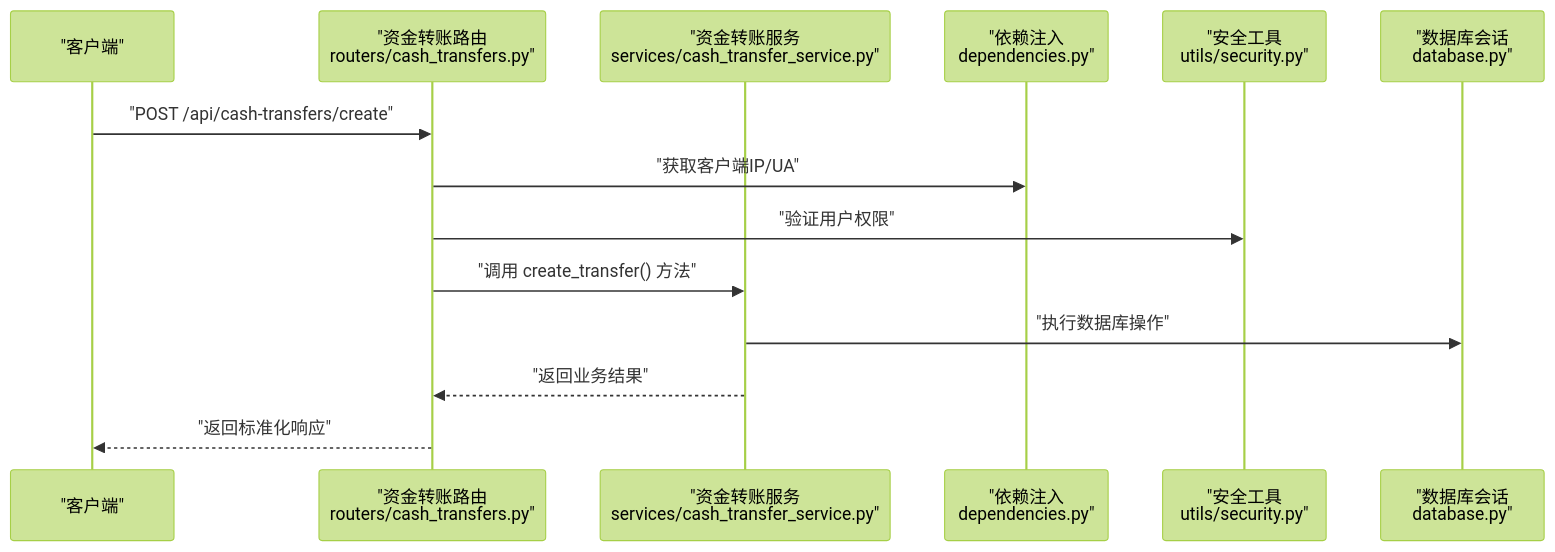
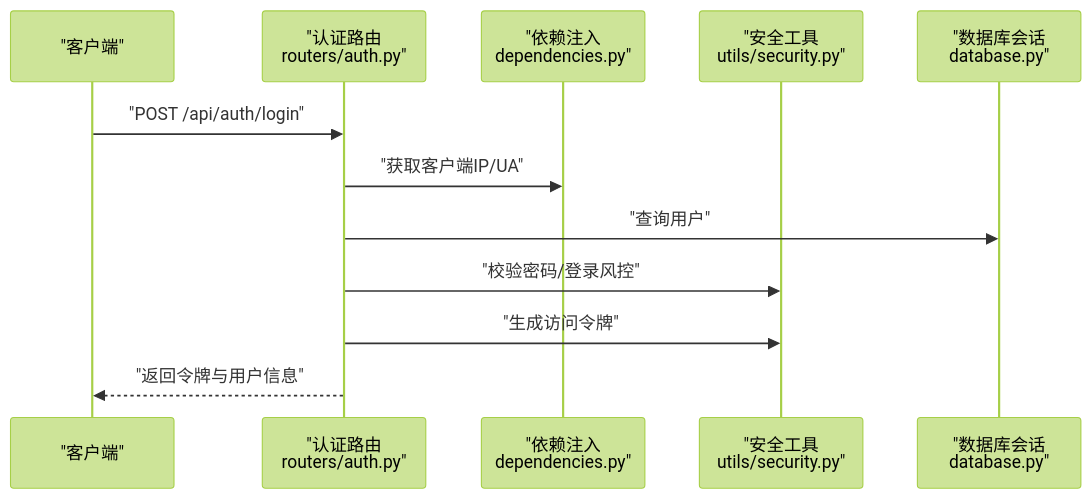
Before and after one commit to gujialind/InvestRing: the third of 10 diagrams in .qoder/repowiki/zh/content/系统架构/后端架构.md, drawn with Mermaid (forest theme). The commit also changed other lines of this file and 65 other files, not shown here.

````diff
--- a/.qoder/repowiki/zh/content/系统架构/后端架构.md
+++ b/.qoder/repowiki/zh/content/系统架构/后端架构.md
@@ -221,16 +215,14 @@
 ```mermaid
 sequenceDiagram
 participant Client as "客户端"
-participant Router as "资金转账路由<br/>routers/cash_transfers.py"
-participant Service as "资金转账服务<br/>services/cash_transfer_service.py"
+participant Router as "认证路由<br/>routers/auth.py"
 participant Deps as "依赖注入<br/>dependencies.py"
 participant Sec as "安全工具<br/>utils/security.py"
 participant DB as "数据库会话<br/>database.py"
-Client->>Router : "POST /api/cash-transfers/create"
+Client->>Router : "POST /api/auth/login"
 Router->>Deps : "获取客户端IP/UA"
-Router->>Sec : "验证用户权限"
-Router->>Service : "调用 create_transfer() 方法"
-Service->>DB : "执行数据库操作"
-Service-->>Router : "返回业务结果"
-Router-->>Client : "返回标准化响应"
+Router->>DB : "查询用户"
+Router->>Sec : "校验密码/登录风控"
+Router->>Sec : "生成访问令牌"
+Router-->>Client : "返回令牌与用户信息"
 ```
````
